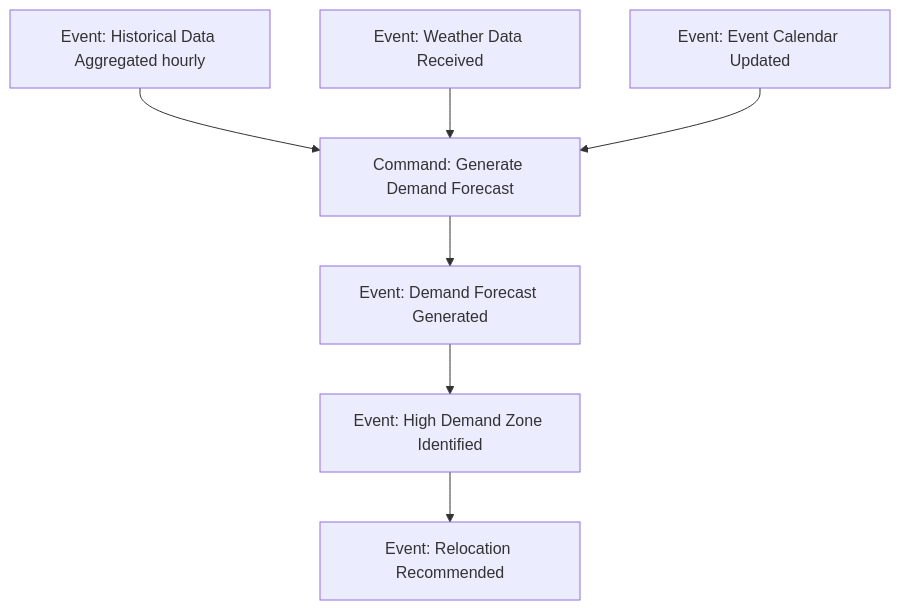
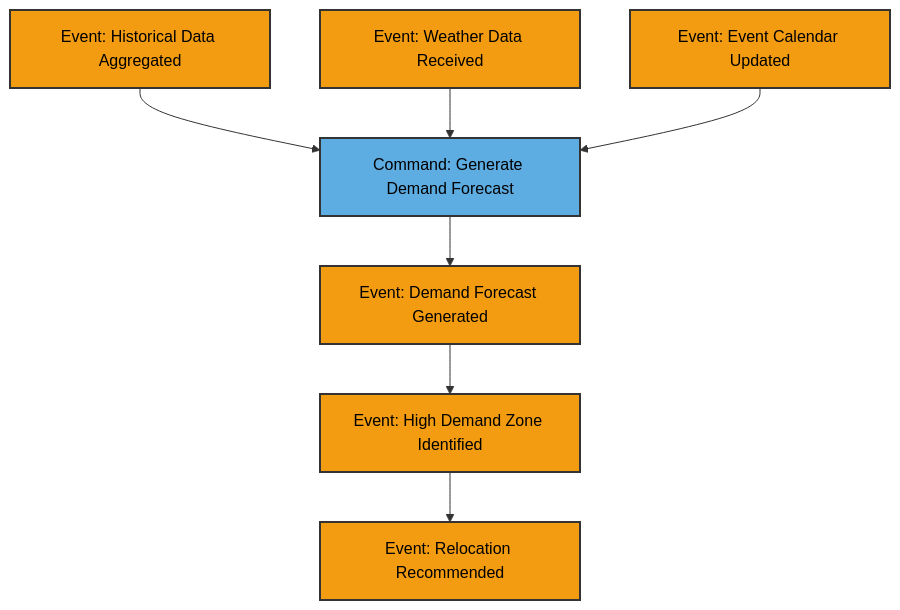
One commit to SumoSumir/kata-na changed the fifth of 10 diagrams in EVENT_STORMING.md. Above: the diagram before and after it, drawn with Mermaid. The commit also changed other lines of this file and 4 other files, not shown here.

````diff
--- a/EVENT_STORMING.md
+++ b/EVENT_STORMING.md
@@ -85,9 +141,17 @@
 ```mermaid
 graph TD
-    E1[Event: Historical Data Aggregated hourly] --> CMD1[Command: Generate Demand Forecast]
+    E1[Event: Historical Data Aggregated] --> CMD1[Command: Generate Demand Forecast]
     E2[Event: Weather Data Received] --> CMD1
     E3[Event: Event Calendar Updated] --> CMD1
     CMD1 --> E4[Event: Demand Forecast Generated]
     E4 --> E5[Event: High Demand Zone Identified]
     E5 --> E6[Event: Relocation Recommended]
+    
+    style E1 fill:#F39C12,stroke:#333,stroke-width:2px,color:#000
+    style E2 fill:#F39C12,stroke:#333,stroke-width:2px,color:#000
+    style E3 fill:#F39C12,stroke:#333,stroke-width:2px,color:#000
+    style CMD1 fill:#5DADE2,stroke:#333,stroke-width:2px,color:#000
+    style E4 fill:#F39C12,stroke:#333,stroke-width:2px,color:#000
+    style E5 fill:#F39C12,stroke:#333,stroke-width:2px,color:#000
+    style E6 fill:#F39C12,stroke:#333,stroke-width:2px,color:#000
 ```
````
